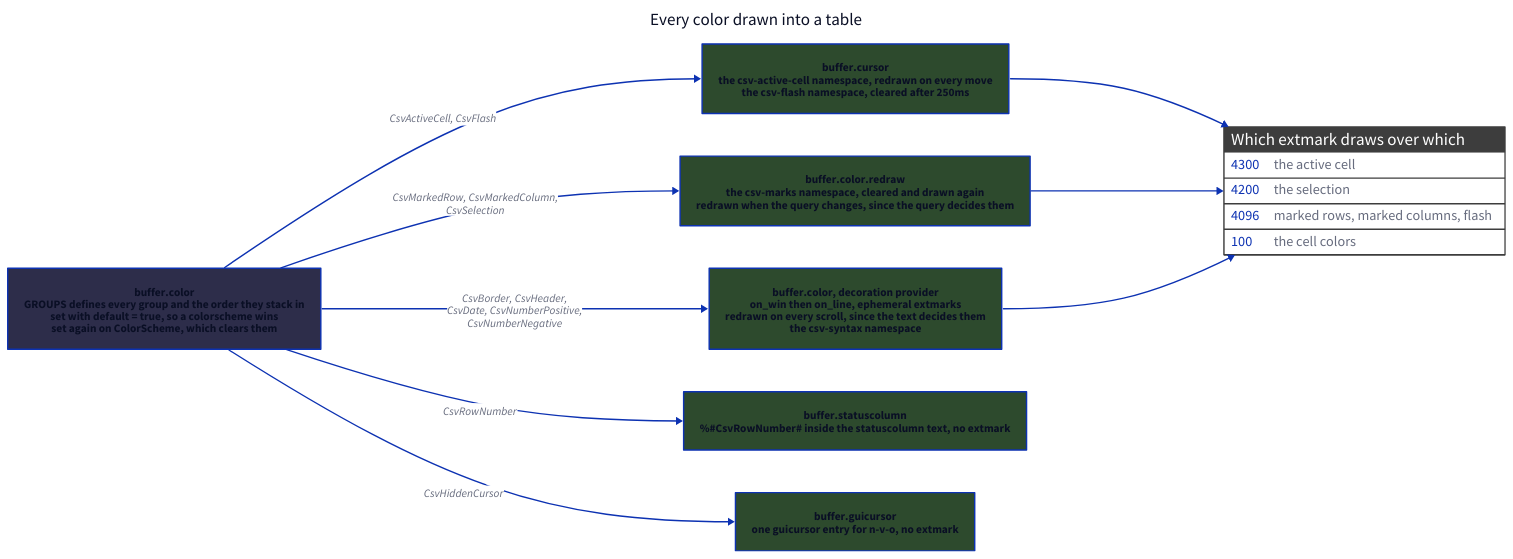
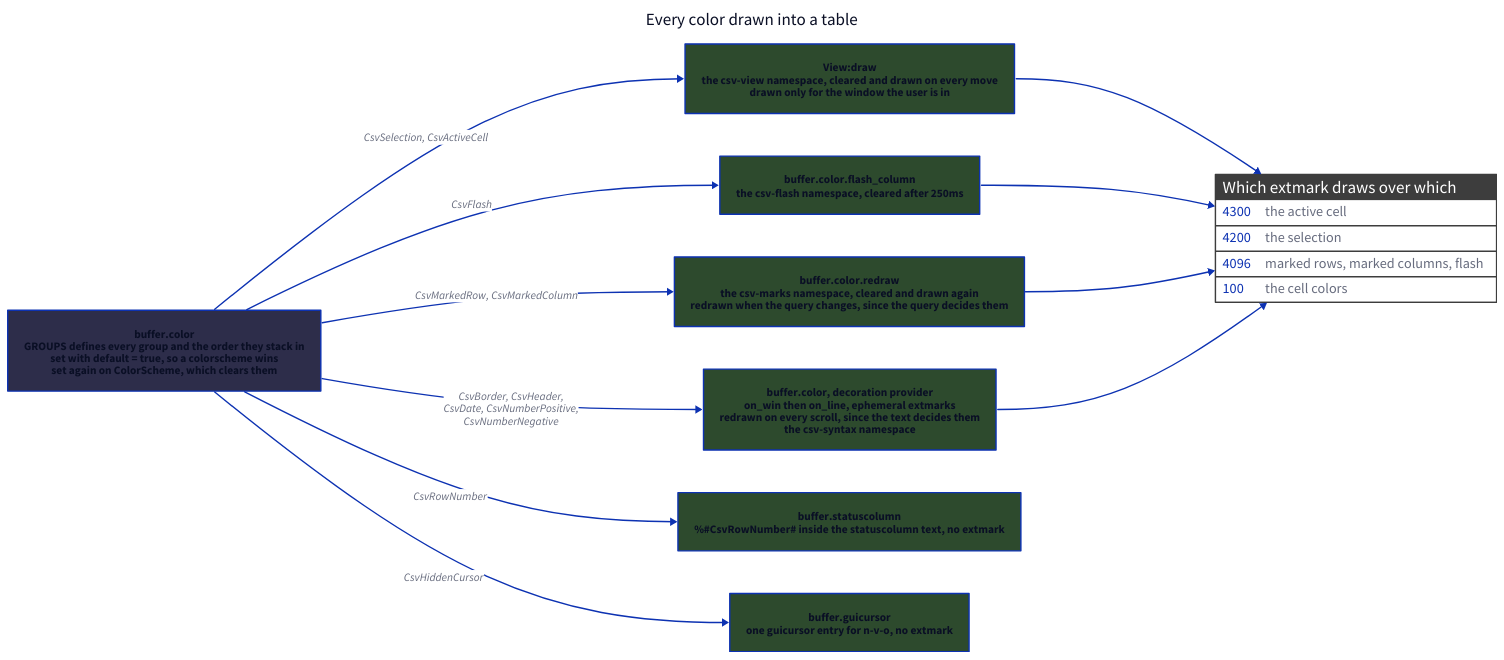
Before and after one commit to cseickel/csv-table.nvim: the diagram in docs/06-color.d2, drawn with D2. The commit also changed 39 other files, not shown here.

First line of the commit message:
refactor: replace per-window state maps with csv.View

```diff
--- a/docs/06-color.d2
+++ b/docs/06-color.d2
@@ -1,44 +1,48 @@
 direction: right
 
 title: Every color drawn into a table {
   near: top-center
   shape: text
   style.font-size: 24
 }
 
 classes: {
   define: {style.fill: "#2d2d4a"}
   draw: {style.fill: "#2d4a2d"}
   data: {style.fill: "#3d3d3d"}
 }
 
 groups: "buffer.color\nGROUPS defines every group and the order they stack in\nset with default = true, so a colorscheme wins\nset again on ColorScheme, which clears them" {class: define}
 
 provider: "buffer.color, decoration provider\non_win then on_line, ephemeral extmarks\nredrawn on every scroll, since the text decides them\nthe csv-syntax namespace" {class: draw}
 
 marks: "buffer.color.redraw\nthe csv-marks namespace, cleared and drawn again\nredrawn when the query changes, since the query decides them" {class: draw}
 
-cell: "buffer.cursor\nthe csv-active-cell namespace, redrawn on every move\nthe csv-flash namespace, cleared after 250ms" {class: draw}
+view: "View:draw\nthe csv-view namespace, cleared and drawn on every move\ndrawn only for the window the user is in" {class: draw}
+
+flash: "buffer.color.flash_column\nthe csv-flash namespace, cleared after 250ms" {class: draw}
 
 gutter: "buffer.statuscolumn\n%#CsvRowNumber# inside the statuscolumn text, no extmark" {class: draw}
 
 cursor: "buffer.guicursor\none guicursor entry for n-v-o, no extmark" {class: draw}
 
 groups -> provider: "CsvBorder, CsvHeader,\nCsvDate, CsvNumberPositive,\nCsvNumberNegative"
-groups -> marks: "CsvMarkedRow, CsvMarkedColumn,\nCsvSelection"
-groups -> cell: "CsvActiveCell, CsvFlash"
+groups -> marks: "CsvMarkedRow, CsvMarkedColumn"
+groups -> view: "CsvSelection, CsvActiveCell"
+groups -> flash: "CsvFlash"
 groups -> gutter: "CsvRowNumber"
 groups -> cursor: "CsvHiddenCursor"
 
 stack: Which extmark draws over which {
   shape: sql_table
   class: data
   "4300": the active cell
   "4200": the selection
   "4096": marked rows, marked columns, flash
   "100": the cell colors
 }
 
-cell -> stack
+view -> stack
+flash -> stack
 marks -> stack
 provider -> stack
```
